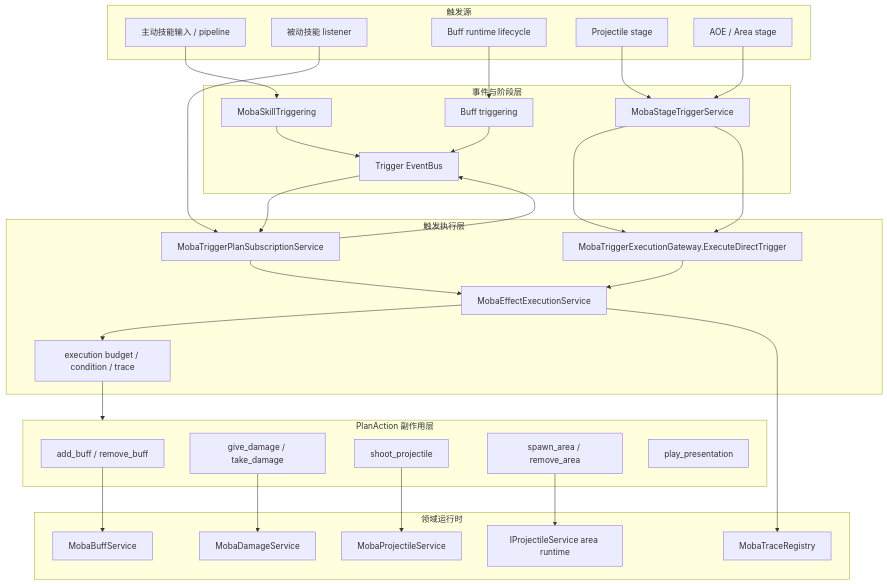
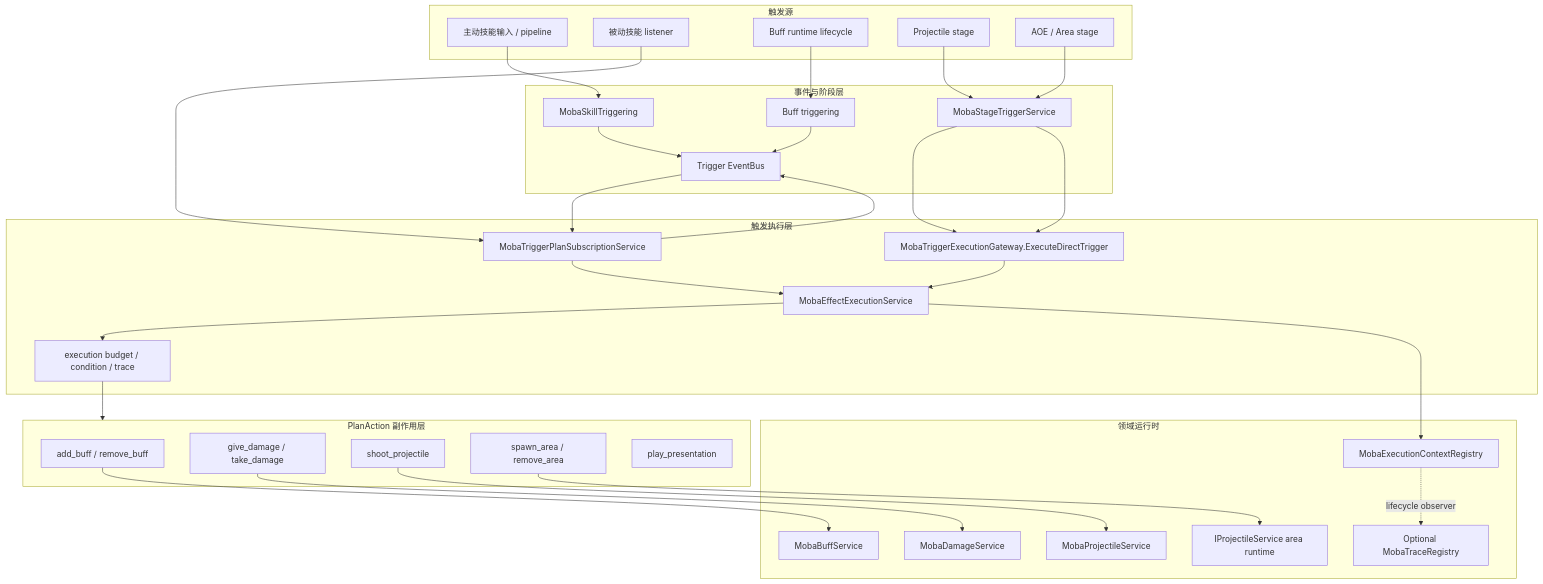
Before and after one commit to HOBOBO/AbilityKit: the first of 6 diagrams in Docs/design/09-ImplementationExamples/MOBA/17-ActivePassiveBuffProjectileAoeTriggerEffects.md, drawn with Mermaid. The commit also changed other lines of this file and 1591 other files, not shown here.

````diff
--- a/Docs/design/09-ImplementationExamples/MOBA/17-ActivePassiveBuffProjectileAoeTriggerEffects.md
+++ b/Docs/design/09-ImplementationExamples/MOBA/17-ActivePassiveBuffProjectileAoeTriggerEffects.md
@@ -24,54 +24,56 @@
 ```mermaid
 flowchart TB
     subgraph Source[触发源]
         Active[主动技能输入 / pipeline]
         Passive[被动技能 listener]
         Buff[Buff runtime lifecycle]
         Projectile[Projectile stage]
         Area[AOE / Area stage]
     end
 
     subgraph EventLayer[事件与阶段层]
         SkillEvent[MobaSkillTriggering]
         EventBus[Trigger EventBus]
         Stage[MobaStageTriggerService]
         BuffEvent[Buff triggering]
     end
 
     subgraph Gateway[触发执行层]
         Direct[MobaTriggerExecutionGateway.ExecuteDirectTrigger]
         Owner[MobaTriggerPlanSubscriptionService]
         Effect[MobaEffectExecutionService]
         Budget[execution budget / condition / trace]
     end
 
     subgraph Actions[PlanAction 副作用层]
         AddBuff[add_buff / remove_buff]
         Damage[give_damage / take_damage]
         Shoot[shoot_projectile]
         SpawnArea[spawn_area / remove_area]
         Presentation[play_presentation]
     end
 
     subgraph Domain[领域运行时]
         BuffSvc[MobaBuffService]
         ProjectileSvc[MobaProjectileService]
         AreaSvc[IProjectileService area runtime]
         DamageSvc[MobaDamageService]
-        Trace[MobaTraceRegistry]
+        Context[MobaExecutionContextRegistry]
+        Trace[Optional MobaTraceRegistry]
     end
 
     Active --> SkillEvent --> EventBus
     Passive --> Owner --> EventBus
     Buff --> BuffEvent --> EventBus
     Projectile --> Stage --> Direct
     Area --> Stage --> Direct
     EventBus --> Owner
     Direct --> Effect --> Budget --> Actions
     Owner --> Effect
     AddBuff --> BuffSvc
     Damage --> DamageSvc
     Shoot --> ProjectileSvc
     SpawnArea --> AreaSvc
-    Effect --> Trace
+    Effect --> Context
+    Context -. lifecycle observer .-> Trace
 ```
````
